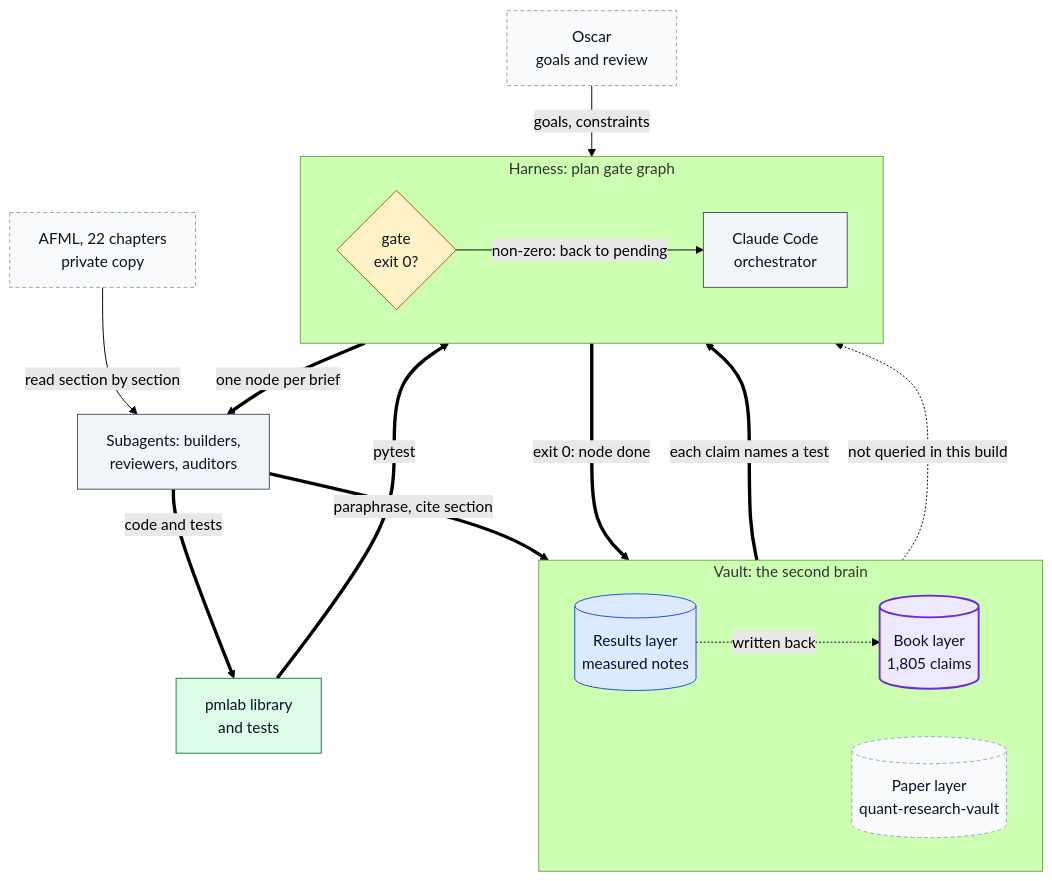
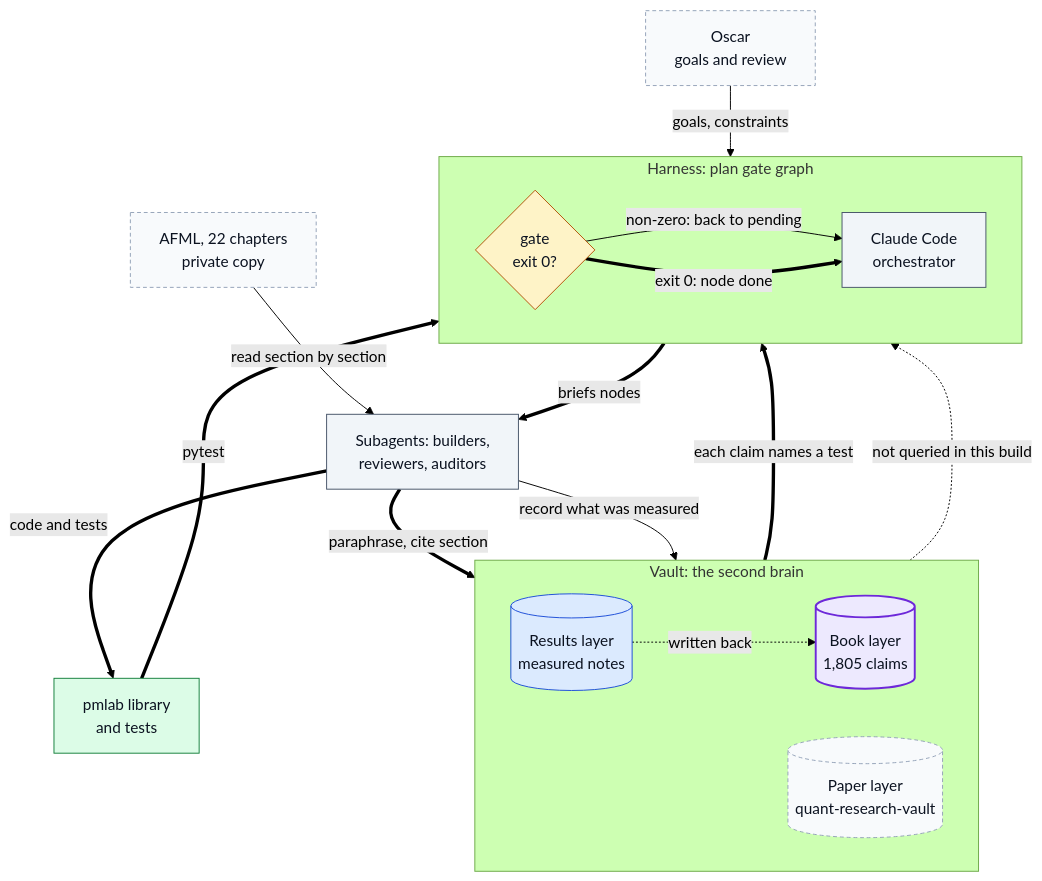
Before and after one commit to oscar-chw/agentic-quant-research: the first of 5 diagrams in docs/DIAGRAMS.md, drawn with Mermaid (forest theme). The commit also changed other lines of this file and 7 other files, not shown here.

````diff
--- a/docs/DIAGRAMS.md
+++ b/docs/DIAGRAMS.md
@@ -19,35 +19,36 @@
 ```mermaid
 flowchart TB
     OSCAR["Oscar<br/>goals and review"]:::ext
     BOOK["AFML, 22 chapters<br/>private copy"]:::ext
     subgraph VAULT["Vault: the second brain"]
         direction LR
         CLAIMS[("Book layer<br/>1,805 claims")]:::key
         PAPERS[("Paper layer<br/>quant-research-vault")]:::ext
         RESULTS[("Results layer<br/>measured notes")]:::data
     end
     subgraph HARNESS["Harness: plan gate graph"]
         direction LR
         ORCH["Claude Code<br/>orchestrator"]:::step
         GATE{"gate<br/>exit 0?"}:::gate
     end
     AGENTS["Subagents: builders,<br/>reviewers, auditors"]:::step
     LIB["pmlab library<br/>and tests"]:::out
     OSCAR -->|"goals, constraints"| ORCH
     BOOK -->|"read section by section"| AGENTS
     AGENTS ==>|"paraphrase, cite section"| CLAIMS
     CLAIMS ==>|"each claim names a test"| ORCH
-    ORCH ==>|"one node per brief"| AGENTS
+    ORCH ==>|"briefs nodes"| AGENTS
     AGENTS ==>|"code and tests"| LIB
     LIB ==>|"pytest"| GATE
     GATE -->|"non-zero: back to pending"| ORCH
-    GATE ==>|"exit 0: node done"| RESULTS
+    GATE ==>|"exit 0: node done"| ORCH
+    AGENTS -->|"record what was measured"| RESULTS
     RESULTS -.->|"written back"| CLAIMS
     PAPERS -.->|"not queried in this build"| ORCH
     classDef data fill:#dbeafe,stroke:#1d4ed8,color:#0b1220
     classDef step fill:#f1f5f9,stroke:#475569,color:#0b1220
     classDef gate fill:#fef3c7,stroke:#b45309,color:#0b1220
     classDef out fill:#dcfce7,stroke:#15803d,color:#0b1220
     classDef ext fill:#f8fafc,stroke:#94a3b8,color:#0b1220,stroke-dasharray:4 3
     classDef key fill:#ede9fe,stroke:#6d28d9,color:#0b1220,stroke-width:2px
 ```
````
